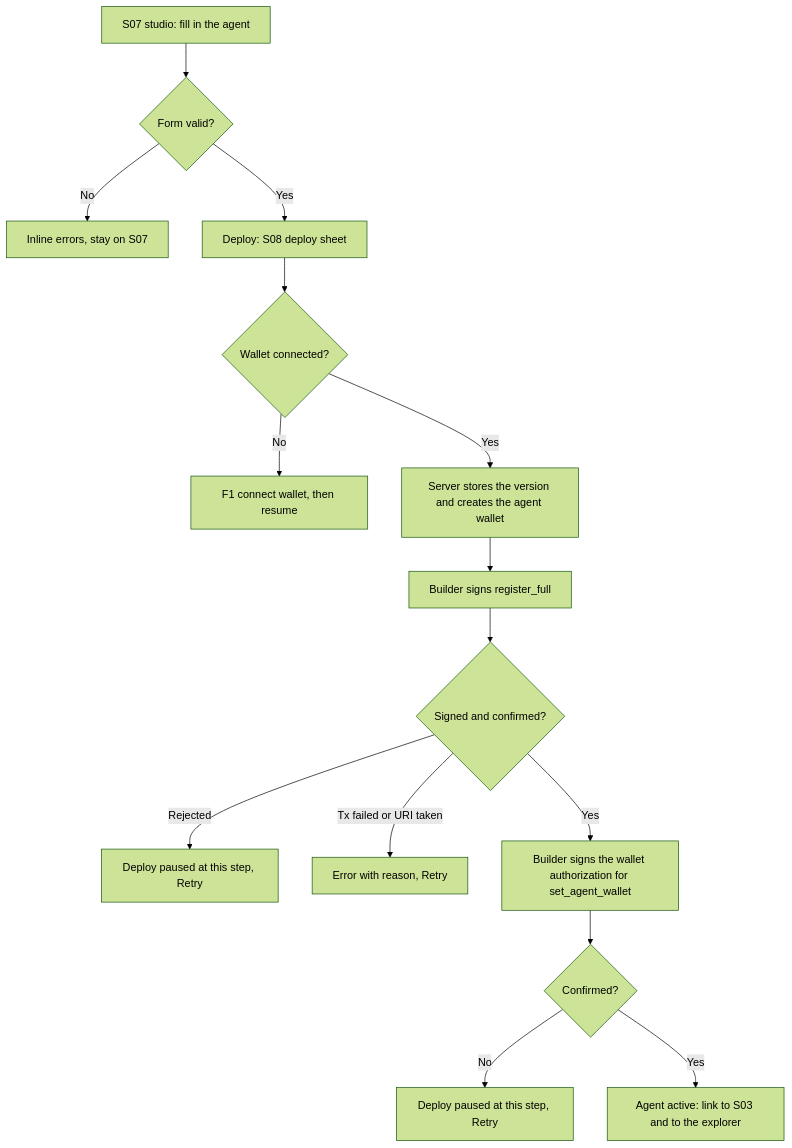
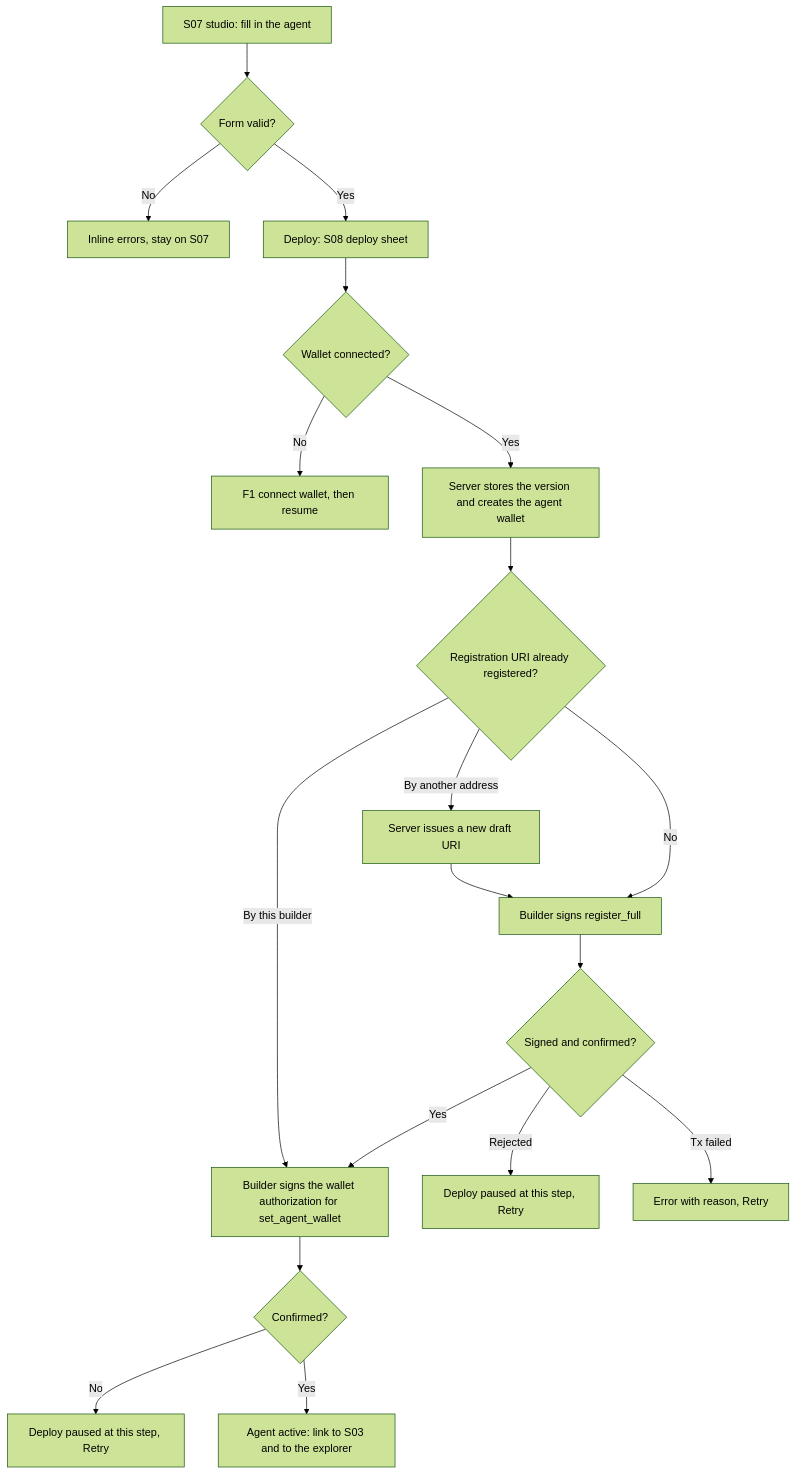
One commit to Zer0-Knowledge-Hack/puls3 changed the fourth of 7 diagrams in docs/blueprints/flows.md. Above: the diagram before and after it, drawn with Mermaid (forest theme). The commit also changed other lines of this file, not shown here.

First line of the commit message:
docs(flows): address review on F4 and F7: manifest input/output, registration URI policy, authorize_feedback step

````diff
--- a/docs/blueprints/flows.md
+++ b/docs/blueprints/flows.md
@@ -95,17 +103,21 @@
 ```mermaid
 flowchart TD
   A["S07 studio: fill in the agent"] --> B{"Form valid?"}
   B -- No --> B1["Inline errors, stay on S07"]
   B -- Yes --> C["Deploy: S08 deploy sheet"]
   C --> D{"Wallet connected?"}
   D -- No --> D1["F1 connect wallet, then resume"]
   D -- Yes --> E["Server stores the version and creates the agent wallet"]
-  E --> F["Builder signs register_full"]
+  E --> P{"Registration URI already registered?"}
+  P -- "By this builder" --> H
+  P -- "By another address" --> P1["Server issues a new draft URI"]
+  P1 --> F
+  P -- No --> F["Builder signs register_full"]
   F --> G{"Signed and confirmed?"}
   G -- "Rejected" --> G1["Deploy paused at this step, Retry"]
-  G -- "Tx failed or URI taken" --> G2["Error with reason, Retry"]
+  G -- "Tx failed" --> G2["Error with reason, Retry"]
   G -- Yes --> H["Builder signs the wallet authorization for set_agent_wallet"]
   H --> I{"Confirmed?"}
   I -- No --> I1["Deploy paused at this step, Retry"]
   I -- Yes --> J["Agent active: link to S03 and to the explorer"]
 ```
````
